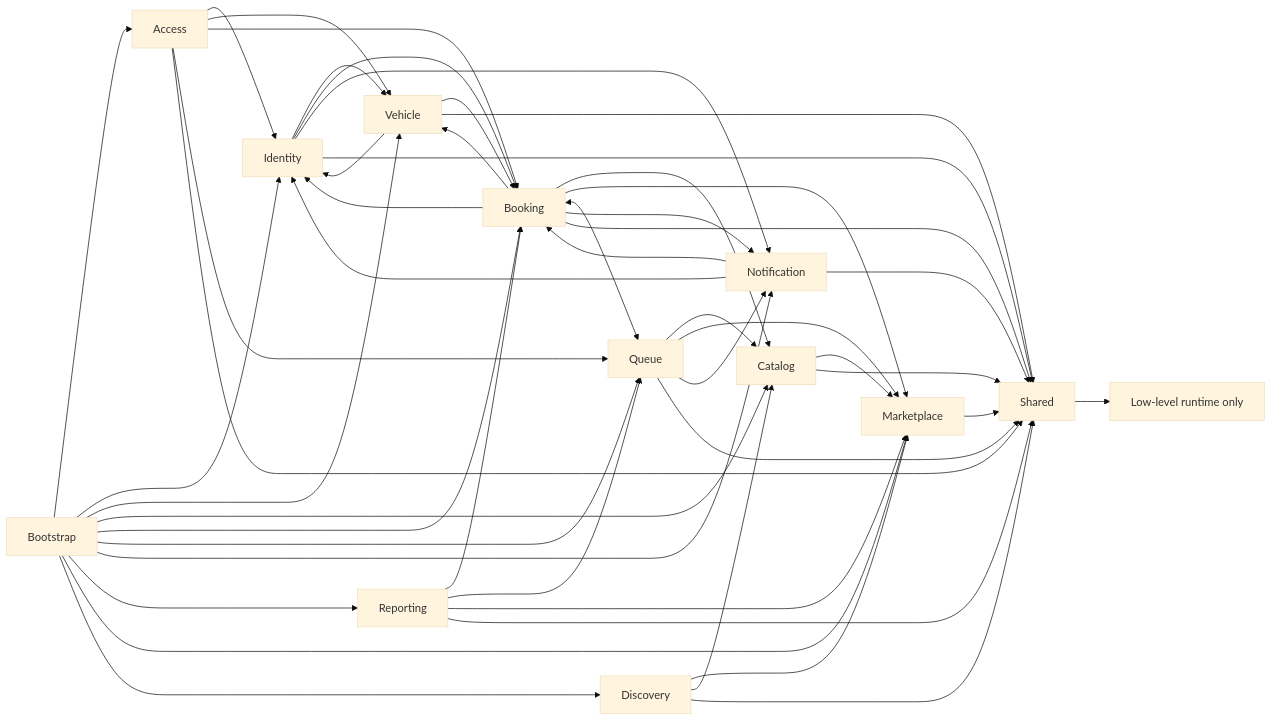
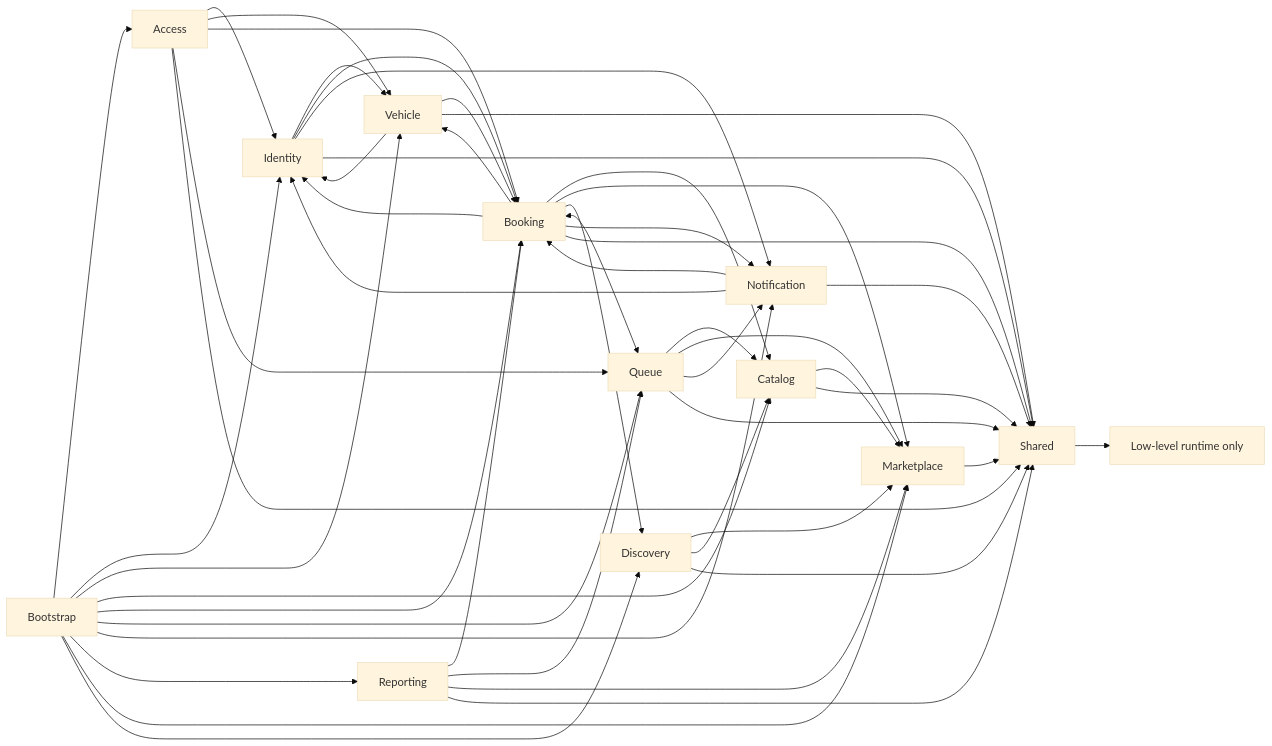
Before and after one commit to ongeziwe17/carwash-booking-queue-system: the second of 2 diagrams in documentation/ARCHITECTURE.md, drawn with Mermaid (base theme). The commit also changed other lines of this file and 62 other files, not shown here.

````diff
--- a/documentation/ARCHITECTURE.md
+++ b/documentation/ARCHITECTURE.md
@@ -39,50 +39,51 @@
 ```mermaid
 flowchart LR
     Bootstrap --> Access
     Bootstrap --> Identity
     Bootstrap --> Vehicle
     Bootstrap --> Catalog
     Bootstrap --> Booking
     Bootstrap --> Queue
     Bootstrap --> Notification
     Bootstrap --> Reporting
     Bootstrap --> Marketplace
     Bootstrap --> Discovery
     Access --> Identity
     Access --> Vehicle
     Access --> Booking
     Access --> Queue
     Identity --> Vehicle
     Identity --> Booking
     Identity --> Notification
     Vehicle --> Identity
     Vehicle --> Booking
     Booking --> Identity
     Booking --> Vehicle
     Booking --> Catalog
     Booking --> Marketplace
+    Booking --> Discovery
     Booking <--> Queue
     Booking --> Notification
     Queue --> Catalog
     Queue --> Marketplace
     Queue --> Notification
     Notification --> Identity
     Notification --> Booking
     Reporting --> Booking
     Reporting --> Queue
     Reporting --> Marketplace
     Marketplace --> Shared
     Catalog --> Marketplace
     Discovery --> Marketplace
     Discovery --> Catalog
     Shared --> Runtime[Low-level runtime only]
     Access --> Shared
     Identity --> Shared
     Vehicle --> Shared
     Catalog --> Shared
     Booking --> Shared
     Queue --> Shared
     Notification --> Shared
     Reporting --> Shared
     Discovery --> Shared
 ```
````
